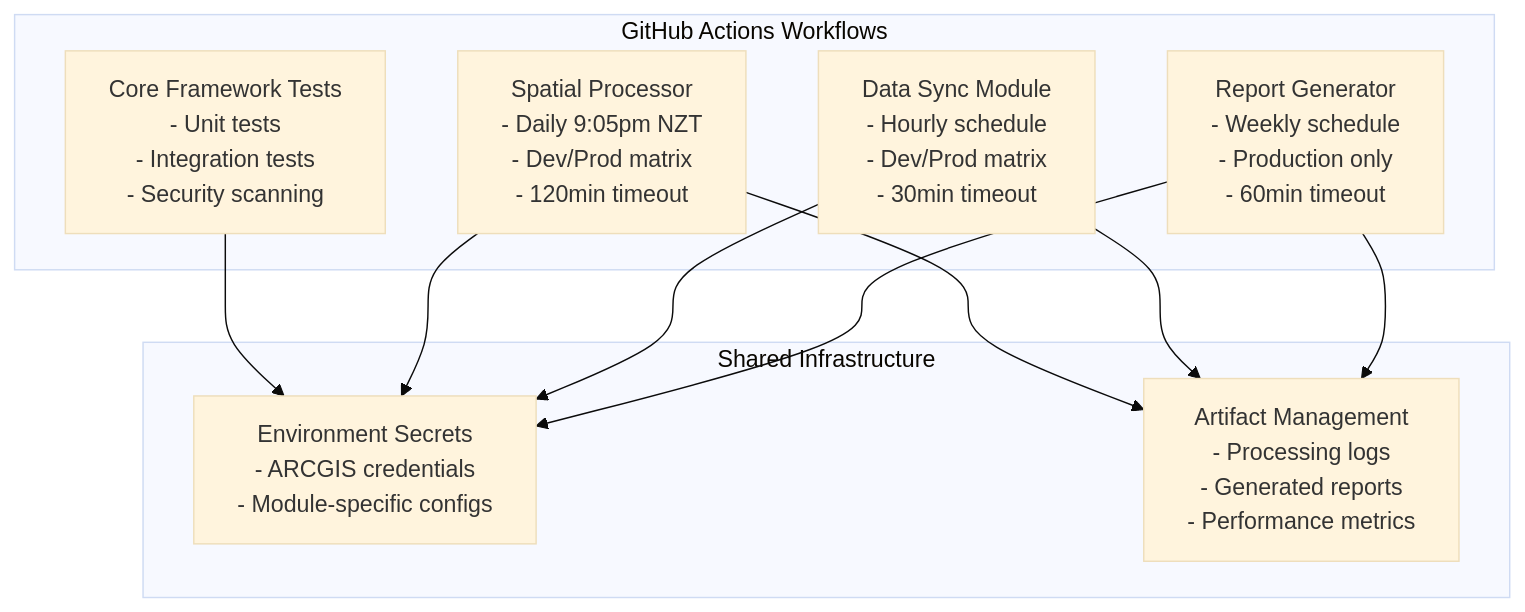
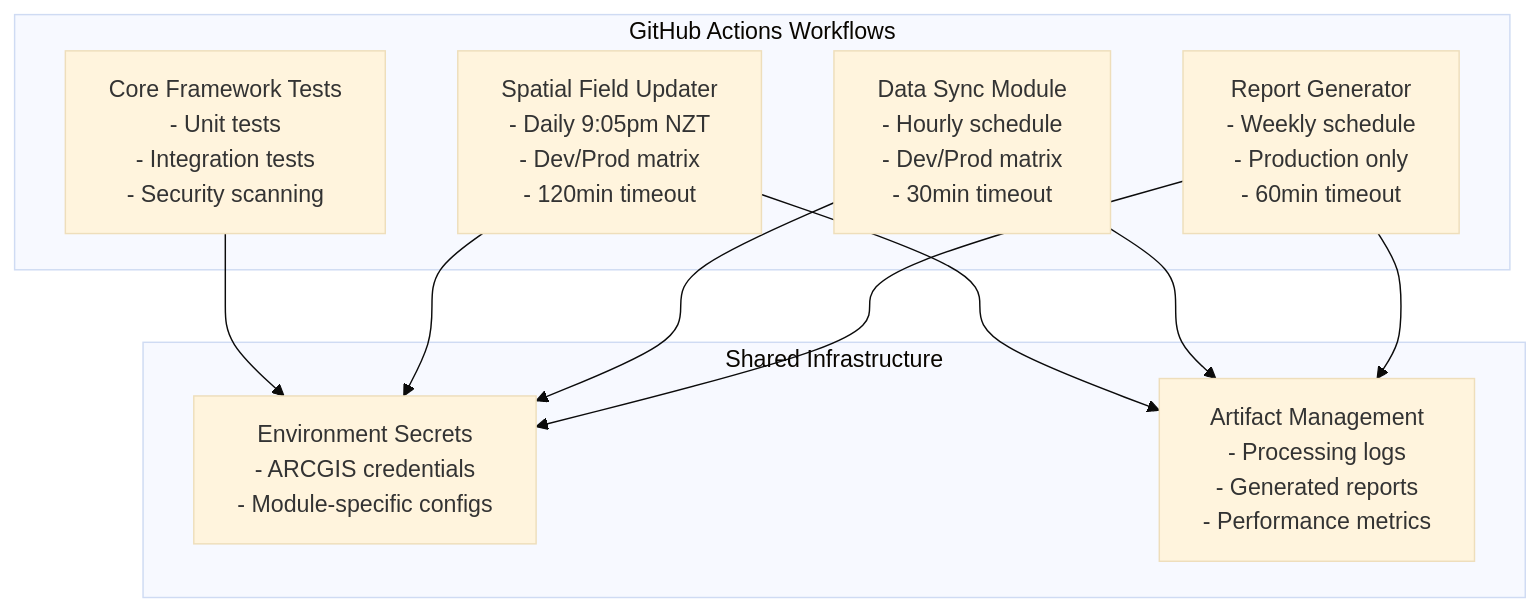
The fourth of 4 diagrams in docs/project/ARCHITECTURE.md (EcoNet-NZ/cams-weeds-utilities), drawn with Mermaid (base theme) before and after one commit. The commit also changed other lines of this file and 3 other files, not shown here.

First line of the commit message:
Update all documentation to reflect Spatial Field Updater naming

````diff
--- a/docs/project/ARCHITECTURE.md
+++ b/docs/project/ARCHITECTURE.md
@@ -573,27 +573,27 @@
 ```mermaid
 graph TD
     subgraph "GitHub Actions Workflows"
         CORE[Core Framework Tests<br/>- Unit tests<br/>- Integration tests<br/>- Security scanning]
         
-        SPATIAL[Spatial Processor<br/>- Daily 9:05pm NZT<br/>- Dev/Prod matrix<br/>- 120min timeout]
+        SPATIAL[Spatial Field Updater<br/>- Daily 9:05pm NZT<br/>- Dev/Prod matrix<br/>- 120min timeout]
         
         SYNC[Data Sync Module<br/>- Hourly schedule<br/>- Dev/Prod matrix<br/>- 30min timeout]
         
         REPORT[Report Generator<br/>- Weekly schedule<br/>- Production only<br/>- 60min timeout]
     end
     
     subgraph "Shared Infrastructure"
         SECRETS[Environment Secrets<br/>- ARCGIS credentials<br/>- Module-specific configs]
         
         ARTIFACTS[Artifact Management<br/>- Processing logs<br/>- Generated reports<br/>- Performance metrics]
     end
     
     CORE --> SECRETS
     SPATIAL --> SECRETS
     SYNC --> SECRETS
     REPORT --> SECRETS
     
     SPATIAL --> ARTIFACTS
     SYNC --> ARTIFACTS
     REPORT --> ARTIFACTS
 ```
````
